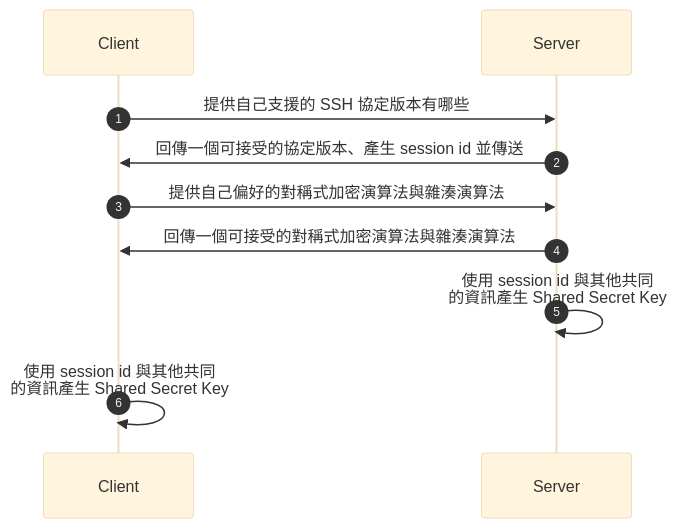
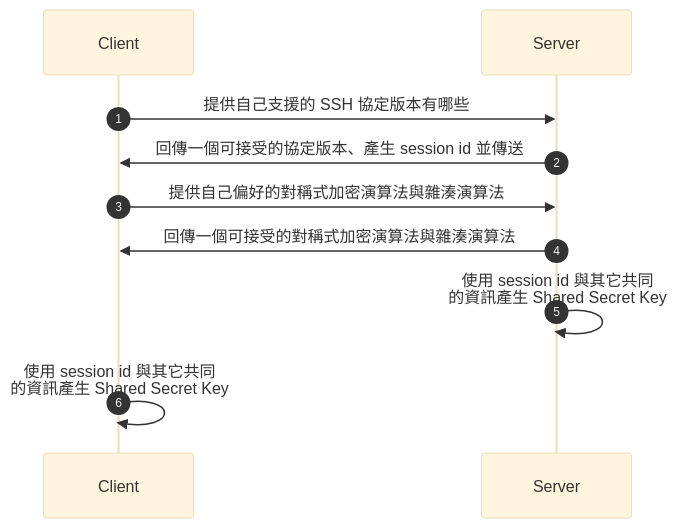
One commit to bingyangchen/KM-software changed the second of 7 diagrams in Network/SSH/SSH 基本概念.md. Above: the diagram before and after it, drawn with Mermaid (base theme). The commit also changed other lines of this file and 109 other files, not shown here.

````diff
--- a/Network/SSH/SSH 基本概念.md
+++ b/Network/SSH/SSH 基本概念.md
@@ -56,10 +56,10 @@
 ```mermaid
 sequenceDiagram
     autonumber
     Client->>Server: 提供自己支援的 SSH 協定版本有哪些
     Server->>Client: 回傳一個可接受的協定版本、產生 session id 並傳送
     Client->>Server: 提供自己偏好的對稱式加密演算法與雜湊演算法
     Server->>Client: 回傳一個可接受的對稱式加密演算法與雜湊演算法
-    Server->>Server: 使用 session id 與其他共同<br/>的資訊產生 Shared Secret Key
-    Client->>Client: 使用 session id 與其他共同<br/>的資訊產生 Shared Secret Key
+    Server->>Server: 使用 session id 與其它共同<br/>的資訊產生 Shared Secret Key
+    Client->>Client: 使用 session id 與其它共同<br/>的資訊產生 Shared Secret Key
 ```
````
